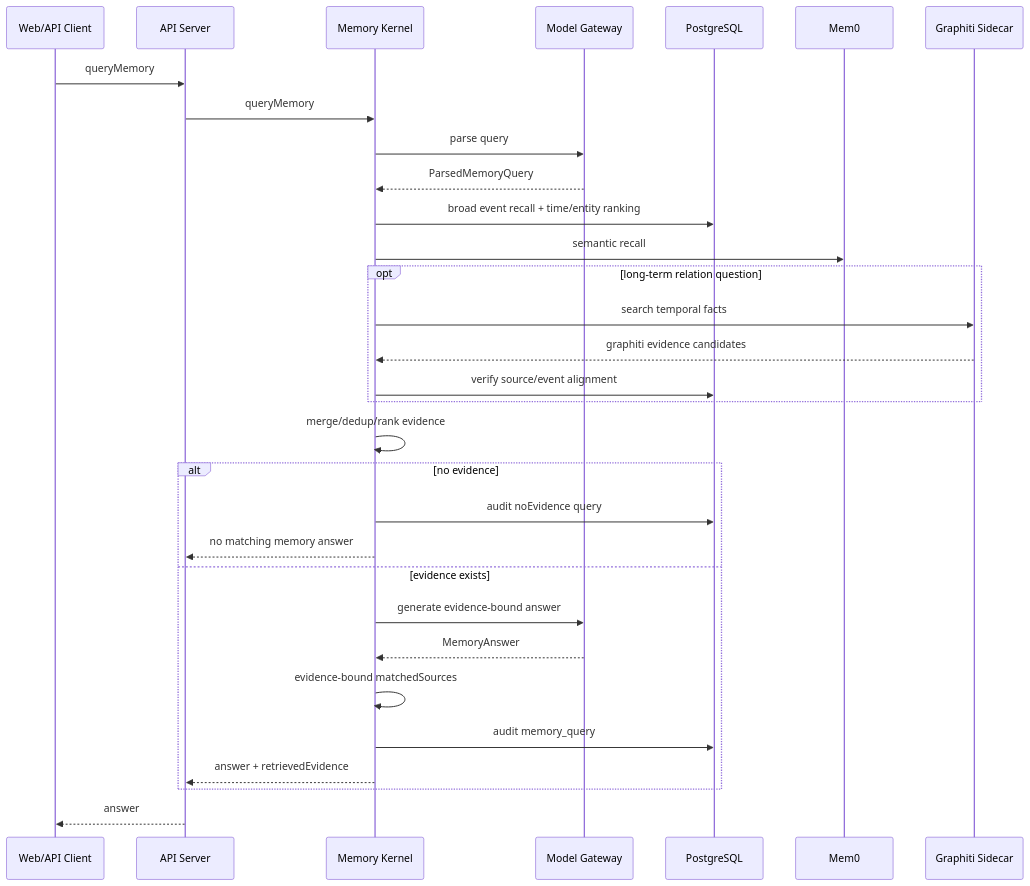
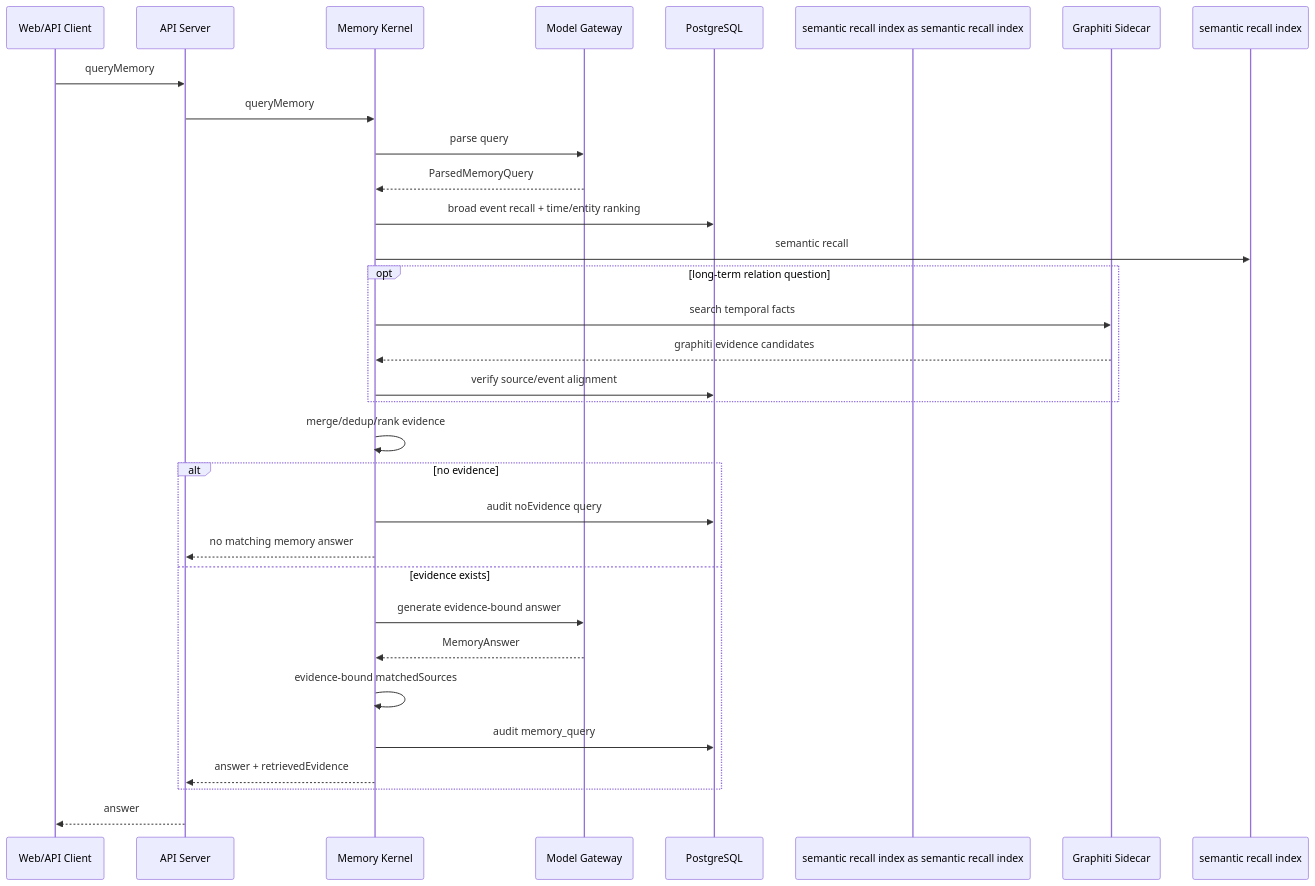
The fourth of 5 diagrams in docs/current-capabilities-and-architecture.md (archpeng/goldmem), drawn with Mermaid before and after one commit. The commit also changed other lines of this file and 56 other files, not shown here.

Commit message:
Replace Mem0 with pgvector semantic recall

````diff
--- a/docs/current-capabilities-and-architecture.md
+++ b/docs/current-capabilities-and-architecture.md
@@ -123,34 +123,34 @@
 ```mermaid
 sequenceDiagram
   participant Client as Web/API Client
   participant API as API Server
   participant Kernel as Memory Kernel
   participant Model as Model Gateway
   participant PG as PostgreSQL
-  participant Mem0 as Mem0
+  participant semantic recall index as semantic recall index
   participant Graphiti as Graphiti Sidecar
 
   Client->>API: queryMemory
   API->>Kernel: queryMemory
   Kernel->>Model: parse query
   Model-->>Kernel: ParsedMemoryQuery
   Kernel->>PG: broad event recall + time/entity ranking
-  Kernel->>Mem0: semantic recall
+  Kernel->>semantic recall index: semantic recall
   opt long-term relation question
     Kernel->>Graphiti: search temporal facts
     Graphiti-->>Kernel: graphiti evidence candidates
     Kernel->>PG: verify source/event alignment
   end
   Kernel->>Kernel: merge/dedup/rank evidence
   alt no evidence
     Kernel->>PG: audit noEvidence query
     Kernel-->>API: no matching memory answer
   else evidence exists
     Kernel->>Model: generate evidence-bound answer
     Model-->>Kernel: MemoryAnswer
     Kernel->>Kernel: evidence-bound matchedSources
     Kernel->>PG: audit memory_query
     Kernel-->>API: answer + retrievedEvidence
   end
   API-->>Client: answer
 ```
````
